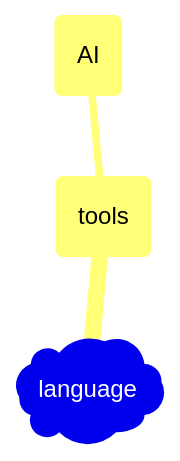
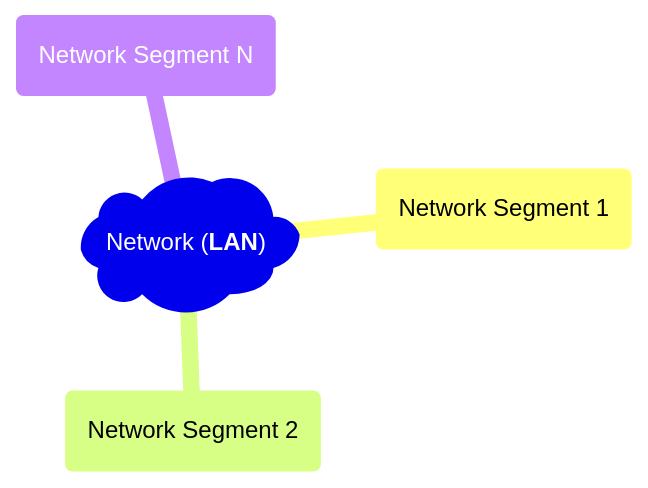
Before and after one commit to keenhenry/keenhenry.github.io: the diagram in _posts/2025-08-18-network-foundation-knowledge.md, drawn with Mermaid. The commit also changed other lines of this file, not shown here.

Commit message:
Update 2025-08-18-network-foundation-knowledge.md
Add more content to note. W.I.P.

````diff
--- a/_posts/2025-08-18-network-foundation-knowledge.md
+++ b/_posts/2025-08-18-network-foundation-knowledge.md
@@ -13,6 +13,7 @@
 ```mermaid
 mindmap
-  root)language(
-    l1(tools)
-      l2(AI)
+  root)"`Network (**LAN**)`"(
+    l1(Network Segment 1)
+    l2(Network Segment 2)
+    l3(Network Segment N)
 ```
````
